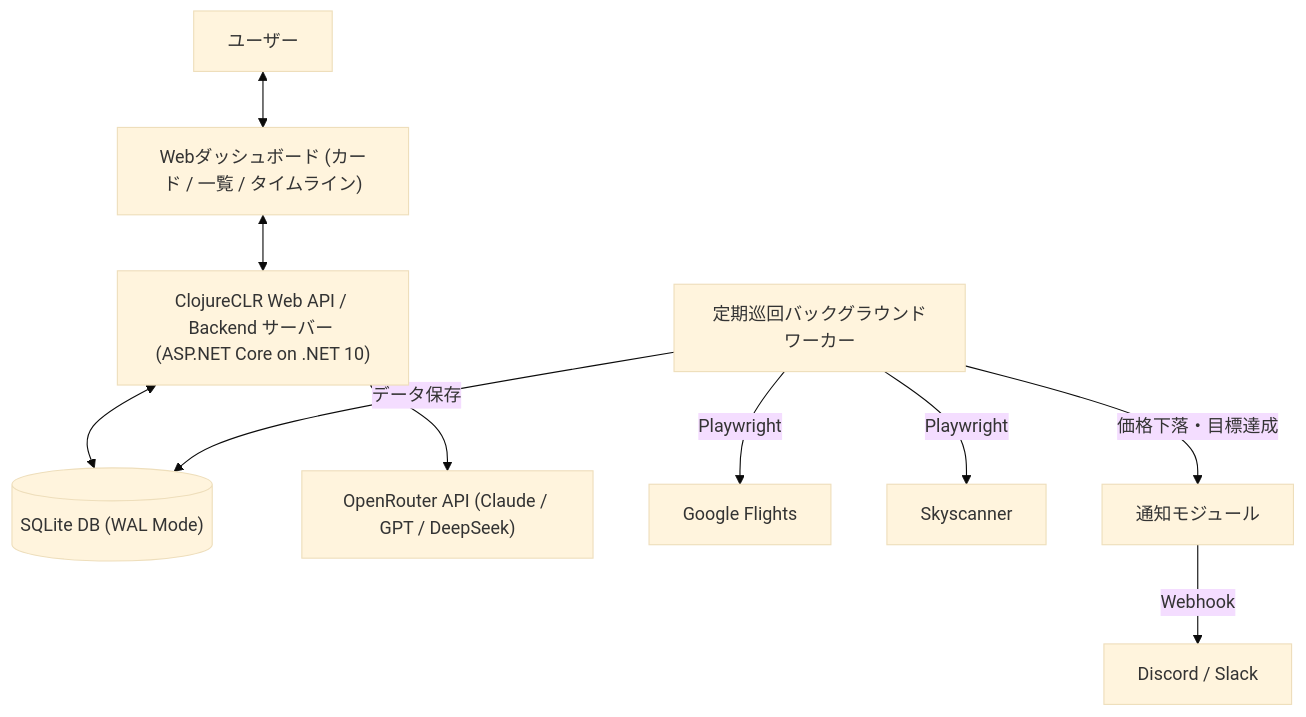
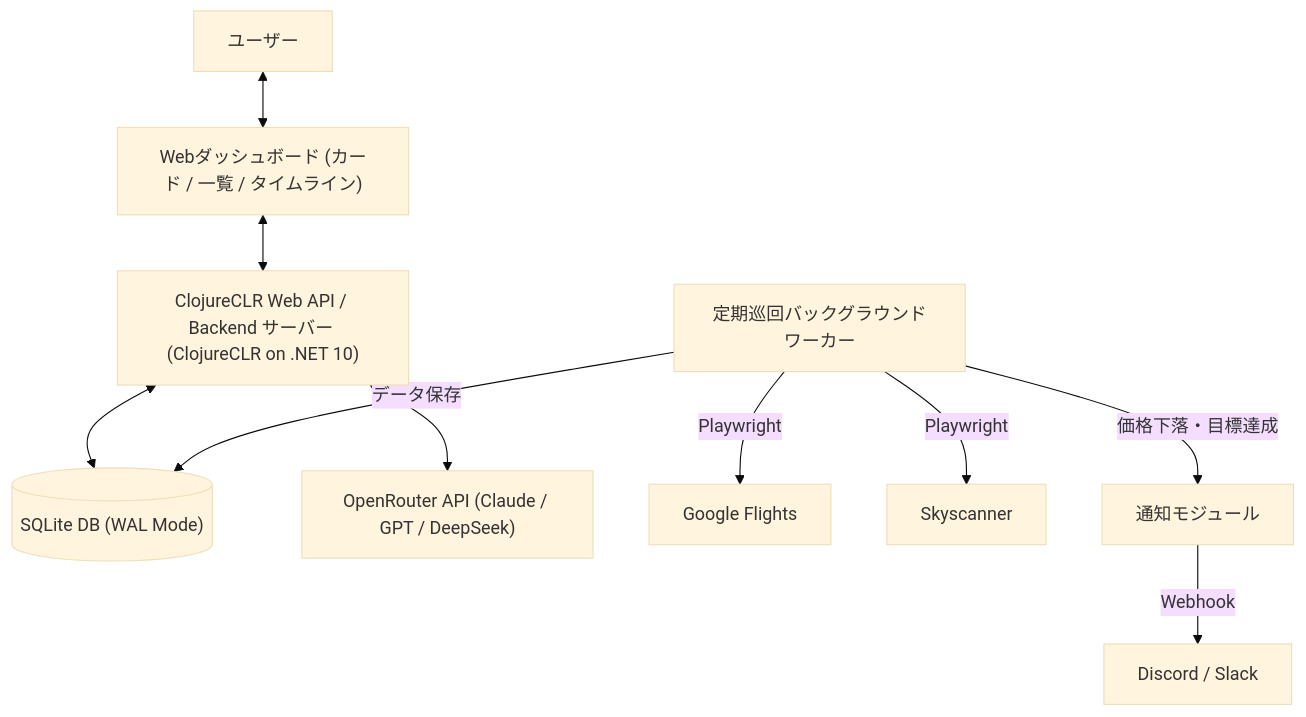
Before and after one commit to TakefumiSugeno/FlightTrackerAI-ClojureCLR-: the diagram in doc/spec.md, drawn with Mermaid (base theme). The commit also changed 4 other files, not shown here.

Commit message:
docs: enforce 100% ClojureCLR with F# fallback policy (eliminate C#)

````diff
--- a/doc/spec.md
+++ b/doc/spec.md
@@ -15,14 +15,14 @@
 ```mermaid
 flowchart TD
     User["ユーザー"] <--> WebUI["Webダッシュボード (カード / 一覧 / タイムライン)"]
-    WebUI <--> Server["ClojureCLR Web API / Backend サーバー (ASP.NET Core on .NET 10)"]
+    WebUI <--> Server["ClojureCLR Web API / Backend サーバー (ClojureCLR on .NET 10)"]
 
     Server <--> DB[("SQLite DB (WAL Mode)")]
     Server <--> LLM["OpenRouter API (Claude / GPT / DeepSeek)"]
 
     Worker["定期巡回バックグラウンドワーカー"] -->|Playwright| GF["Google Flights"]
     Worker -->|Playwright| SS["Skyscanner"]
     Worker -->|データ保存| DB
     Worker -->|価格下落・目標達成| Notifier["通知モジュール"]
     Notifier -->|Webhook| Webhook["Discord / Slack"]
 ```
````
